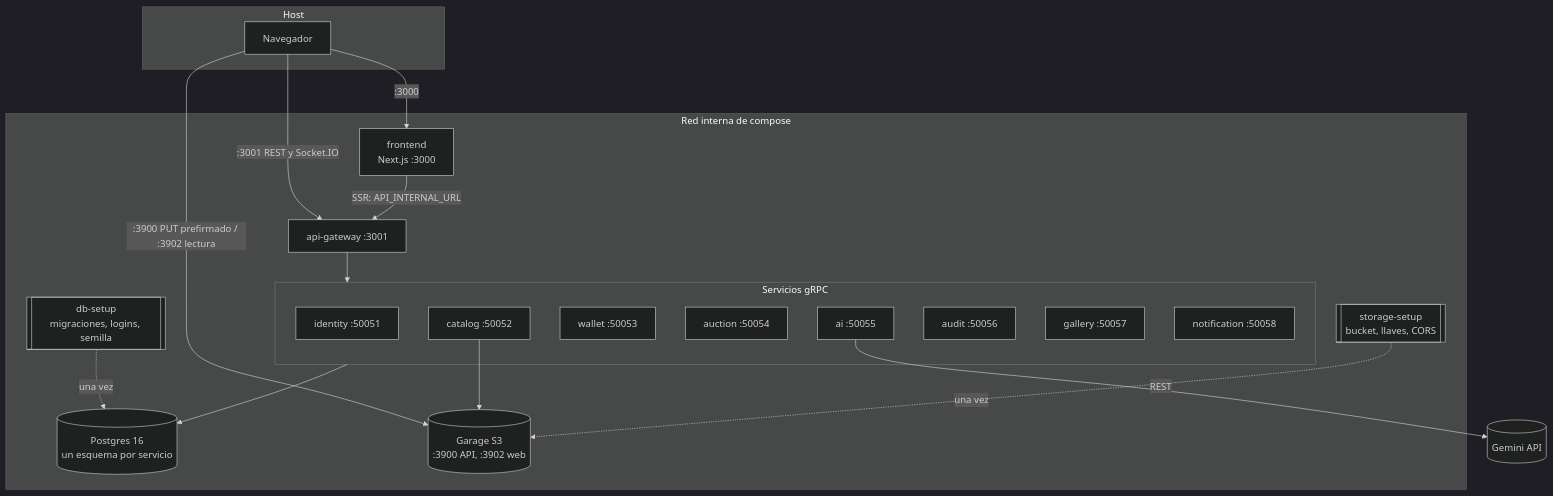
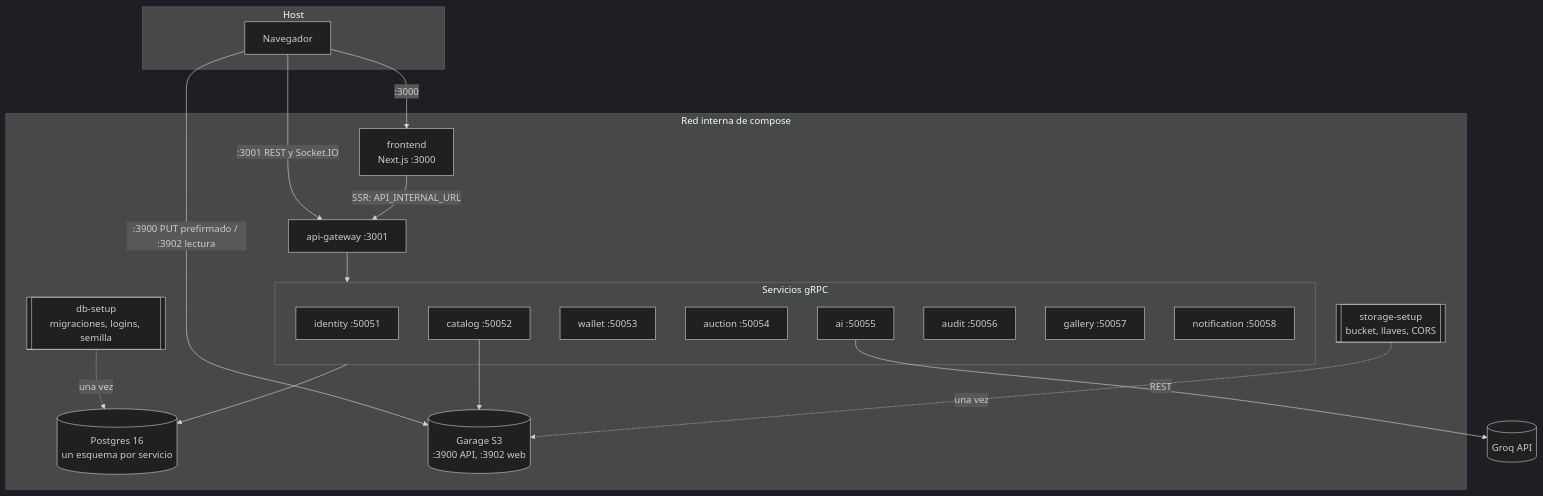
Before and after one commit to Juan-Camilo-Martinez-B/artauction_backend: the first of 7 diagrams in docs/arquitectura/arquitectura.md, drawn with Mermaid (dark theme). The commit also changed other lines of this file and 9 other files, not shown here.

````diff
--- a/docs/arquitectura/arquitectura.md
+++ b/docs/arquitectura/arquitectura.md
@@ -31,38 +31,38 @@
 ```mermaid
 flowchart TB
   subgraph host[Host]
     browser[Navegador]
   end
 
   subgraph net[Red interna de compose]
     fe[frontend<br/>Next.js :3000]
     gw[api-gateway :3001]
     subgraph svc[Servicios gRPC]
       id[identity :50051]
       cat[catalog :50052]
       wal[wallet :50053]
       auc[auction :50054]
       ai[ai :50055]
       aud[audit :50056]
       gal[gallery :50057]
       notif[notification :50058]
     end
     pg[(Postgres 16<br/>un esquema por servicio)]
     s3[(Garage S3<br/>:3900 API, :3902 web)]
     dbsetup[[db-setup<br/>migraciones, logins, semilla]]
     stsetup[[storage-setup<br/>bucket, llaves, CORS]]
   end
 
-  gem[(Gemini API)]
+  gem[(Groq API)]
 
   browser -- ":3000" --> fe
   browser -- ":3001 REST y Socket.IO" --> gw
   browser -- ":3900 PUT prefirmado / :3902 lectura" --> s3
   fe -- "SSR: API_INTERNAL_URL" --> gw
   gw --> svc
   svc --> pg
   cat --> s3
   ai -- REST --> gem
   dbsetup -. una vez .-> pg
   stsetup -. una vez .-> s3
 ```
````
